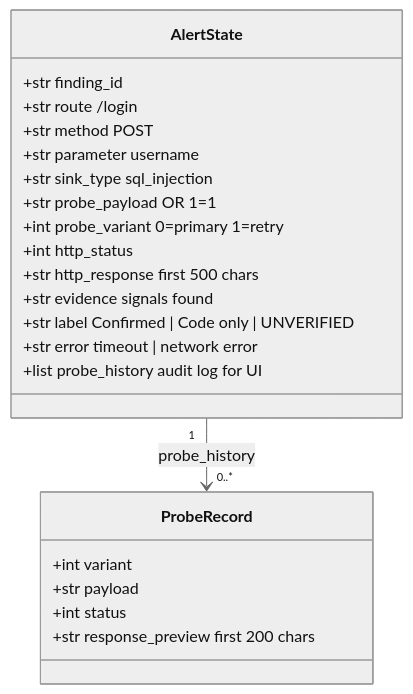
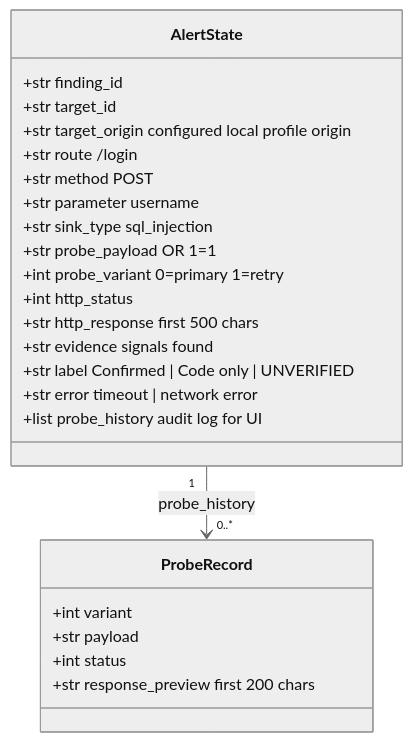
Diagram 19 of 25 in docs/P06-Architecture.md (Halcyora/mitigata), drawn with Mermaid (neutral theme) before and after one commit. The commit also changed other lines of this file and 2 other files, not shown here.

First line of the commit message:
Enhance correlation engine documentation with target_id requirements and clarify merging logic

````diff
--- a/docs/P06-Architecture.md
+++ b/docs/P06-Architecture.md
@@ -652,27 +667,29 @@
 ```mermaid
 classDiagram
     class AlertState {
         +str finding_id
+        +str target_id
+        +str target_origin  configured local profile origin
         +str route  /login
         +str method  POST
         +str parameter  username
         +str sink_type  sql_injection
         +str probe_payload  OR 1=1
         +int probe_variant  0=primary 1=retry
         +int http_status
         +str http_response  first 500 chars
         +str evidence  signals found
         +str label  Confirmed | Code only | UNVERIFIED
         +str error  timeout | network error
         +list probe_history  audit log for UI
     }
 
     class ProbeRecord {
         +int variant
         +str payload
         +int status
         +str response_preview  first 200 chars
     }
 
     AlertState "1" --> "0..*" ProbeRecord : probe_history
 ```
````
